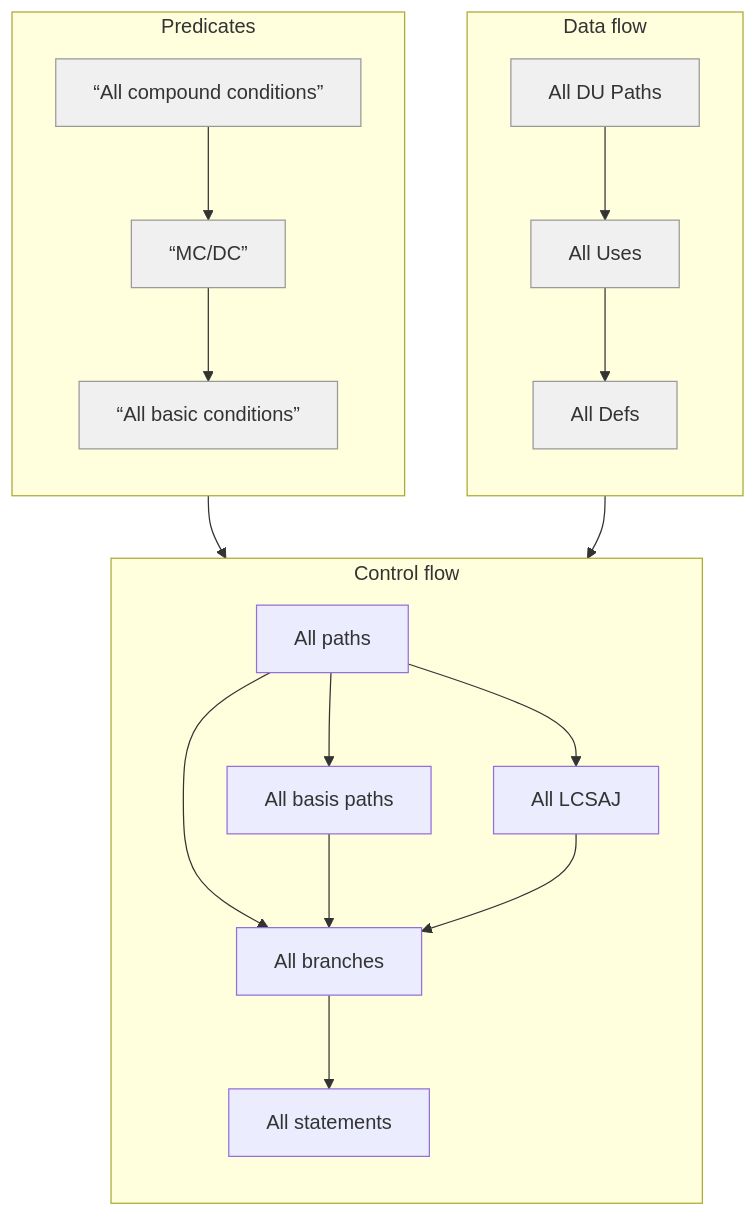
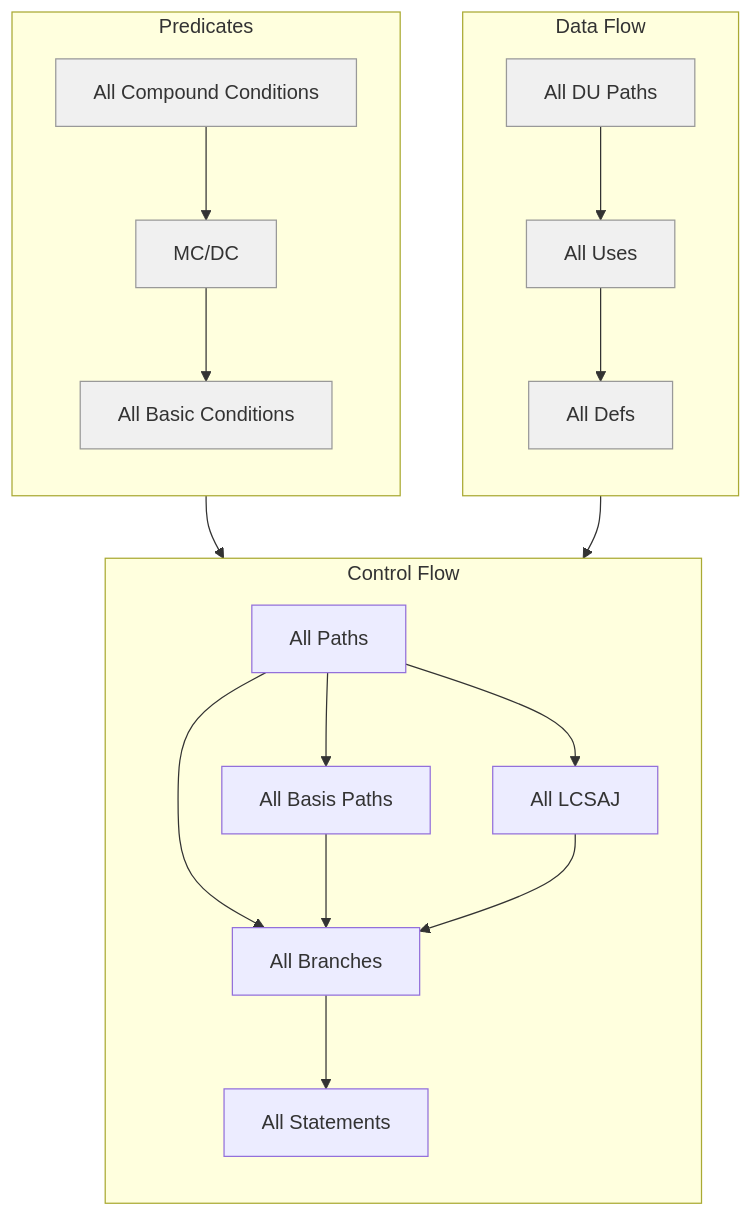
One commit to msdbok/msdbok.github.io changed the first of 5 diagrams in content/verif/coverage/code.md. Above: the diagram before and after it, drawn with Mermaid. The commit also changed other lines of this file and 1 other file, not shown here.

````diff
--- a/content/verif/coverage/code.md
+++ b/content/verif/coverage/code.md
@@ -12,51 +16,44 @@
 ```mermaid
 flowchart TD
 
-  %% Data flow region
-  subgraph DF["Data flow"]
+  subgraph DF["Data Flow"]
     direction TB
     DU["All DU Paths"]
     Uses["All Uses"]
     Defs["All Defs"]
     DU --> Uses --> Defs
   end
 
-
-  %% Control flow region
-  subgraph CF["Control flow"]
+  subgraph CF["Control Flow"]
     direction TB
-    Paths["All paths"]
-    Basis["All basis paths"]
+    Paths["All Paths"]
+    Basis["All Basis Paths"]
     LCSAJ["All LCSAJ"]
-    Branches["All branches"]
-    Stmts["All statements"]
+    Branches["All Branches"]
+    Stmts["All Statements"]
     Paths --> Basis
     Paths --> LCSAJ
     Paths --> Branches
     Basis --> Branches
     LCSAJ --> Branches
     Branches --> Stmts
   end
 
-  %% Predicates region
   subgraph PRED["Predicates"]
     direction TB
-    Comp[“All compound conditions”]
-    MCDC[“MC/DC”]
-    Basic[“All basic conditions”]
+    Comp["All Compound Conditions"]
+    MCDC["MC/DC"]
+    Basic["All Basic Conditions"]
     Comp --> MCDC --> Basic
     MCDC --> Branches
   end
 
-  %% Cross-links
   Uses --> Branches
 
-  %% Styling shaded nodes
   style DU fill:#f0f0f0,stroke:#999
   style Uses fill:#f0f0f0,stroke:#999
   style Defs fill:#f0f0f0,stroke:#999
   style Comp fill:#f0f0f0,stroke:#999
   style MCDC fill:#f0f0f0,stroke:#999
   style Basic fill:#f0f0f0,stroke:#999
-
 ```
````
